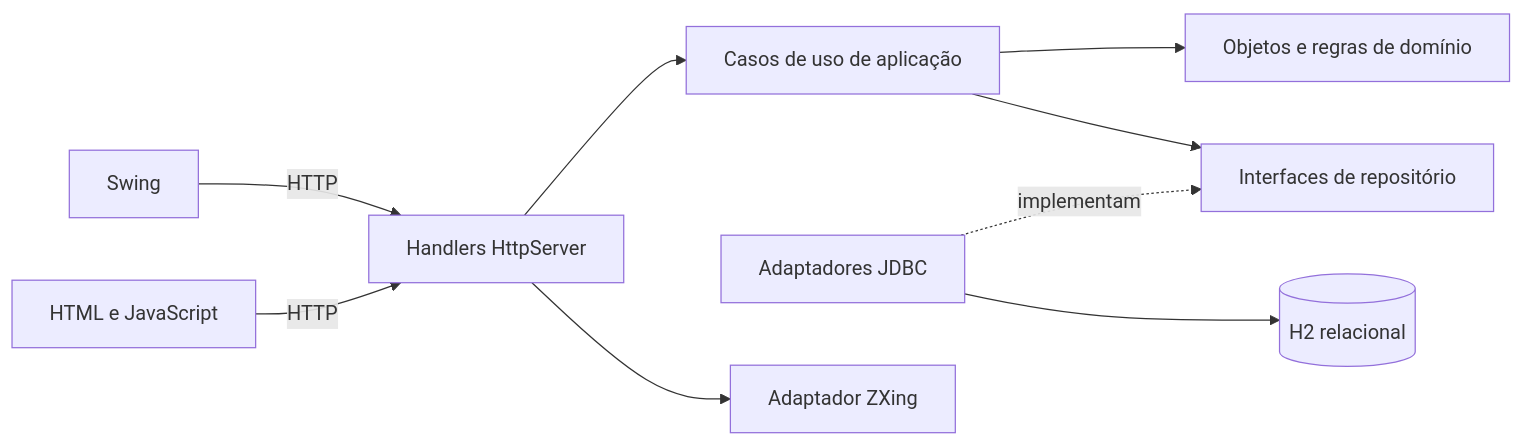
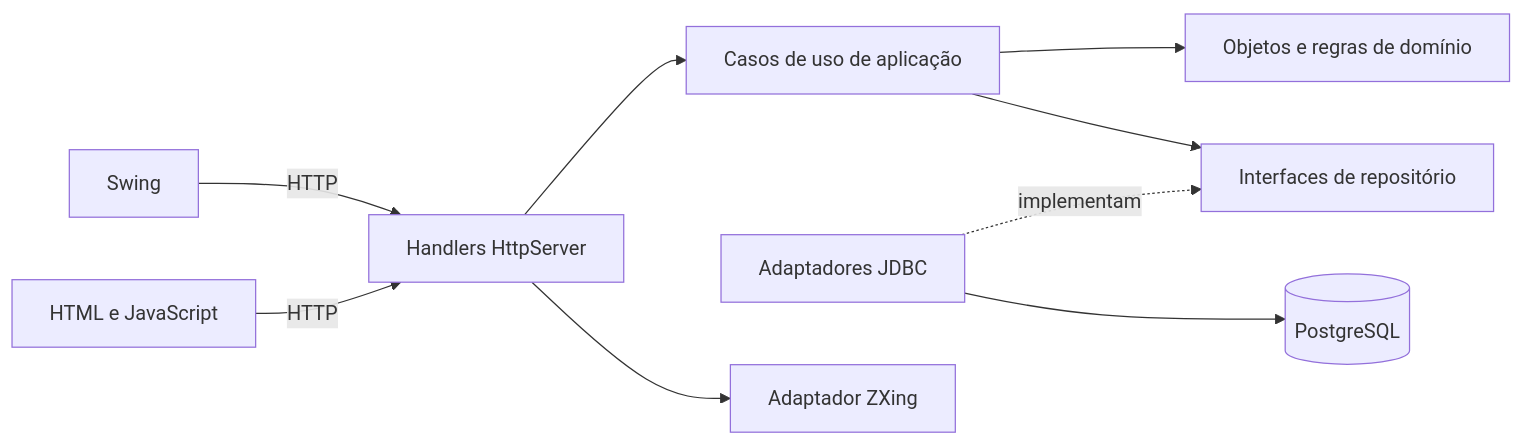
Before and after one commit to rezzzendev/POO-II: the first of 2 diagrams in docs/arquitetura.md, drawn with Mermaid. The commit also changed other lines of this file and 62 other files, not shown here.

````diff
--- a/docs/arquitetura.md
+++ b/docs/arquitetura.md
@@ -23,11 +23,11 @@
 ```mermaid
 flowchart LR
   Desktop[Swing] -->|HTTP| API[Handlers HttpServer]
   Web[HTML e JavaScript] -->|HTTP| API
   API --> Casos[Casos de uso de aplicação]
   Casos --> Dominio[Objetos e regras de domínio]
   Casos --> Portas[Interfaces de repositório]
   JDBC[Adaptadores JDBC] -. implementam .-> Portas
-  JDBC --> H2[(H2 relacional)]
+  JDBC --> PostgreSQL[(PostgreSQL)]
   API --> QR[Adaptador ZXing]
 ```
````
